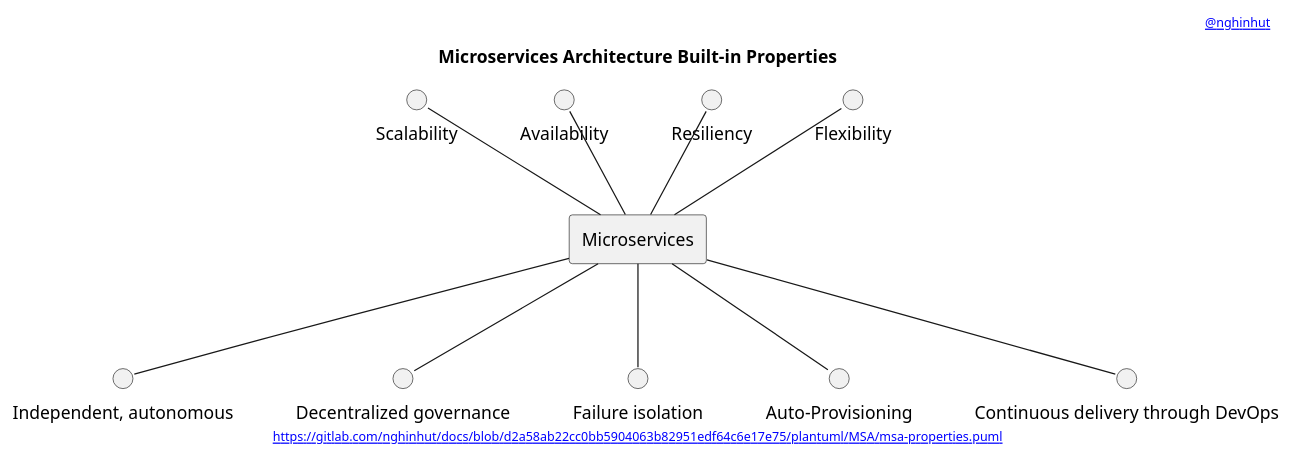
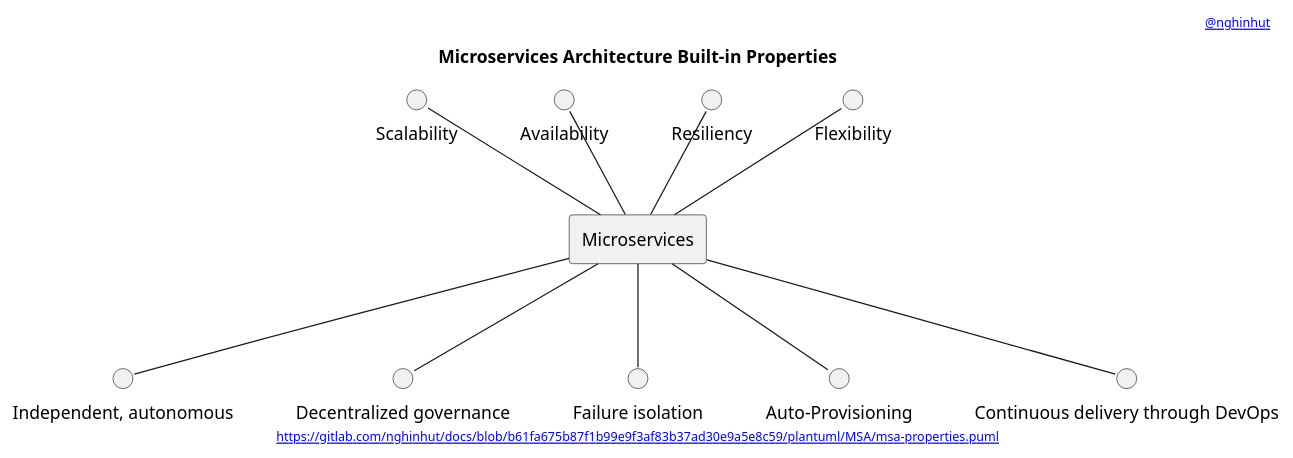
Before and after one commit to nghinhut/docs: the diagram in plantuml/MSA/msa-properties.puml, drawn with PlantUML. The commit also changed 24 other files, not shown here.

Commit message:
docs(plantuml): update headers

```diff
--- a/plantuml/MSA/msa-properties.puml
+++ b/plantuml/MSA/msa-properties.puml
@@ -1,31 +1,31 @@
 @startuml
 '-----START auto generated metadata please keep comment here to allow auto update-----
 '-----DON'T EDIT THIS SECTION, INSTEAD RE-RUN prebuild.sh TO UPDATE-----
-header [[https://www.nghinhut.dev?from=http%5C%3A%5C%2F%5C%2Fwww%5C.plantuml%5C.com%5C%2Fplantuml%5C%2Fproxy%3Ffmt%3Dsvg%5C%26src%3Dhttps%5C%3A%5C%2F%5C%2Fgitlab%5C.com%5C%2Fnghinhut%5C%2Fdocs%5C%2Fraw%5C%2Fd2a58ab22cc0bb5904063b82951edf64c6e17e75%5C%2Fplantuml%5C%2FMSA%5C%2Fmsa-properties%5C.puml%0A @nghinhut]]
-footer [[http://www.plantuml.com/plantuml/proxy?fmt=svg&src=https://gitlab.com/nghinhut/docs/raw/d2a58ab22cc0bb5904063b82951edf64c6e17e75/plantuml/MSA/msa-properties.puml https://gitlab.com/nghinhut/docs/blob/d2a58ab22cc0bb5904063b82951edf64c6e17e75/plantuml/MSA/msa-properties.puml]]
+header [[https://www.nghinhut.dev?from=http%5C%3A%5C%2F%5C%2Fwww%5C.plantuml%5C.com%5C%2Fplantuml%5C%2Fproxy%3Ffmt%3Dsvg%5C%26src%3Dhttps%5C%3A%5C%2F%5C%2Fgitlab%5C.com%5C%2Fnghinhut%5C%2Fdocs%5C%2Fraw%5C%2Fb61fa675b87f1b99e9f3af83b37ad30e9a5e8c59%5C%2Fplantuml%5C%2FMSA%5C%2Fmsa-properties%5C.puml%0A @nghinhut]]
+footer [[http://www.plantuml.com/plantuml/proxy?fmt=svg&src=https://gitlab.com/nghinhut/docs/raw/b61fa675b87f1b99e9f3af83b37ad30e9a5e8c59/plantuml/MSA/msa-properties.puml https://gitlab.com/nghinhut/docs/blob/b61fa675b87f1b99e9f3af83b37ad30e9a5e8c59/plantuml/MSA/msa-properties.puml]]
 '-----END auto generated metadata please keep comment here to allow auto update-----
 title Microservices Architecture Built-in Properties
 
 rectangle "Microservices" as msa
 
 circle "Scalability" as scalability
 circle "Availability" as availability
 circle "Resiliency" as resiliency
 circle "Flexibility" as flexibility
 circle "Independent, autonomous" as independent_autonomous
 circle "Decentralized governance" as decentralized_governance
 circle "Failure isolation" as failure_isolation
 circle "Auto-Provisioning" as auto_provisioning
 circle "Continuous delivery through DevOps" as cd
 
 scalability -- msa
 availability -- msa
 resiliency -- msa
 flexibility -- msa
 msa -- independent_autonomous
 msa -- decentralized_governance
 msa -- failure_isolation
 msa -- auto_provisioning
 msa -- cd
 
 @enduml
```
